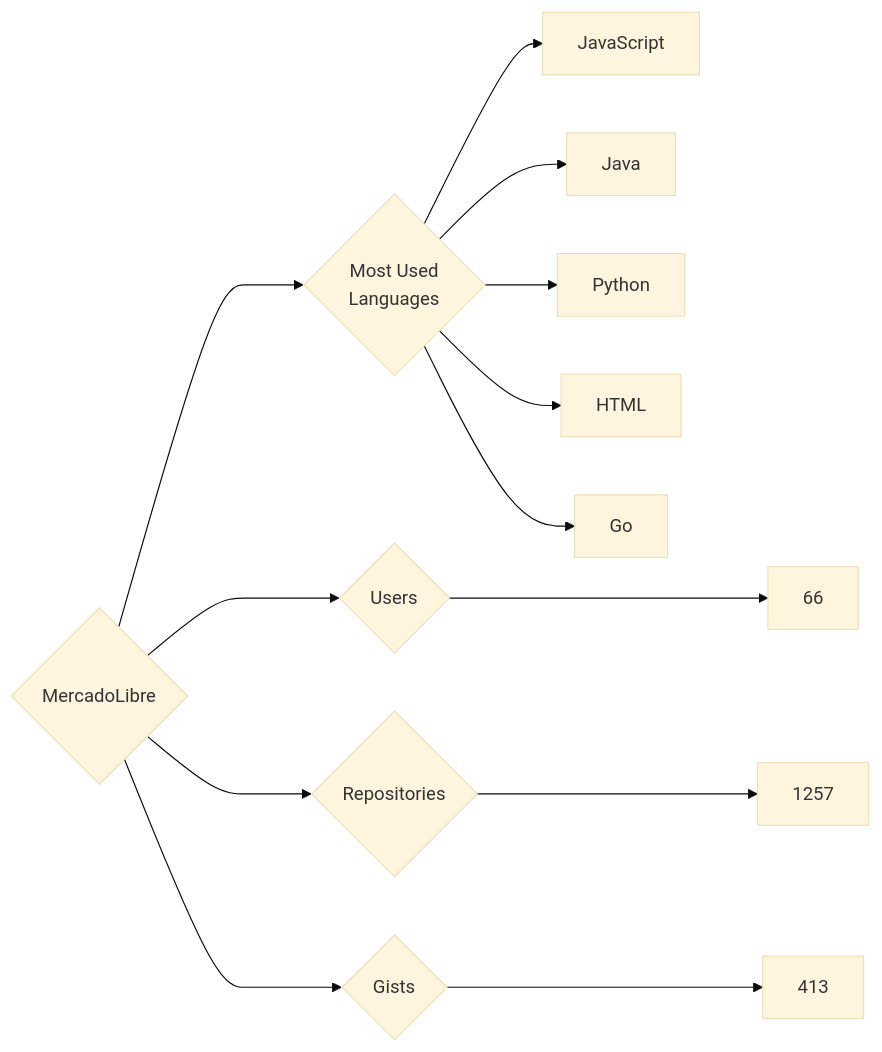
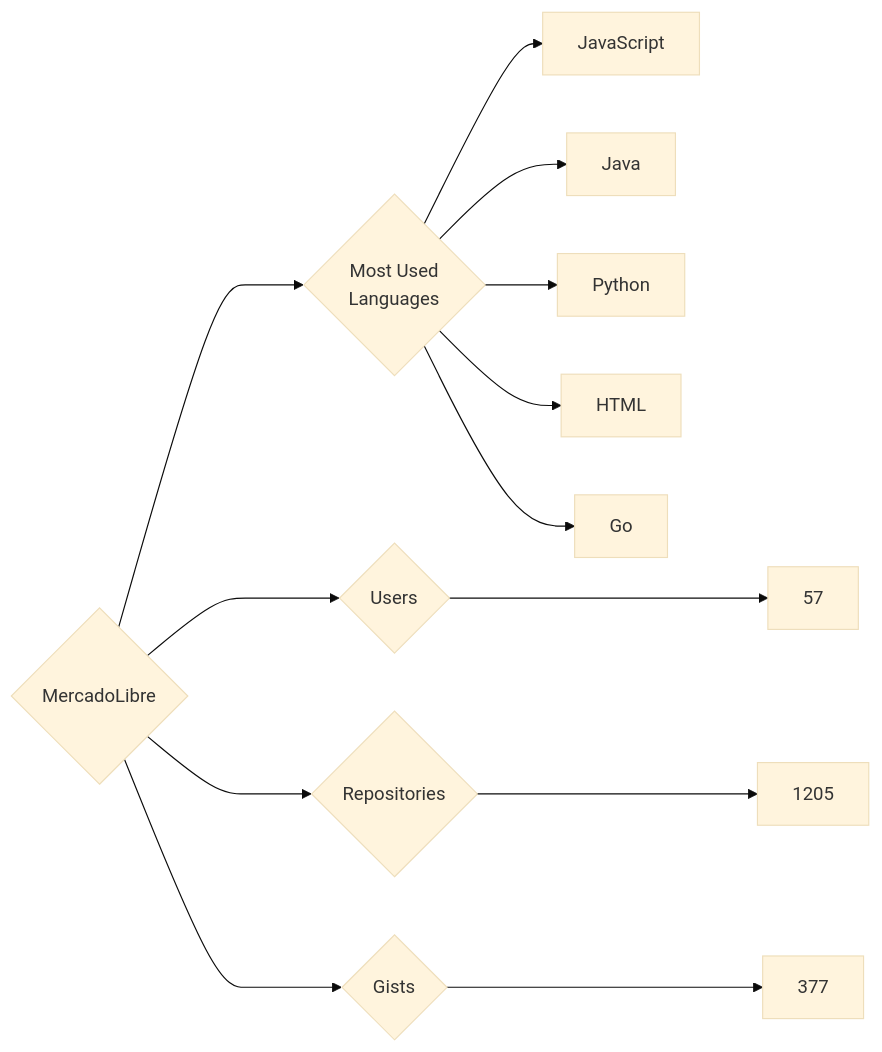
The diagram in targets/MercadoLibre/README.md (trickest/insiders), drawn with Mermaid (base theme) before and after one commit. The commit also changed 728 other files, not shown here.

````diff
--- a/targets/MercadoLibre/README.md
+++ b/targets/MercadoLibre/README.md
@@ -3,13 +3,13 @@
 ```mermaid
 graph LR
 COMPANY_NAME{MercadoLibre}
-COMPANY_NAME ---> U{Users} ---> UN[66]
-COMPANY_NAME ---> R{Repositories} ---> RN[1257]
-COMPANY_NAME ---> G{Gists} ---> GN[413]
+COMPANY_NAME ---> U{Users} ---> UN[57]
+COMPANY_NAME ---> R{Repositories} ---> RN[1205]
+COMPANY_NAME ---> G{Gists} ---> GN[377]
 COMPANY_NAME ---> ML{Most Used<br>Languages}
 ML --> JavaScript[JavaScript]
 ML --> Java[Java]
 ML --> Python[Python]
 ML --> HTML[HTML]
 ML --> Go[Go]
 ```
````
